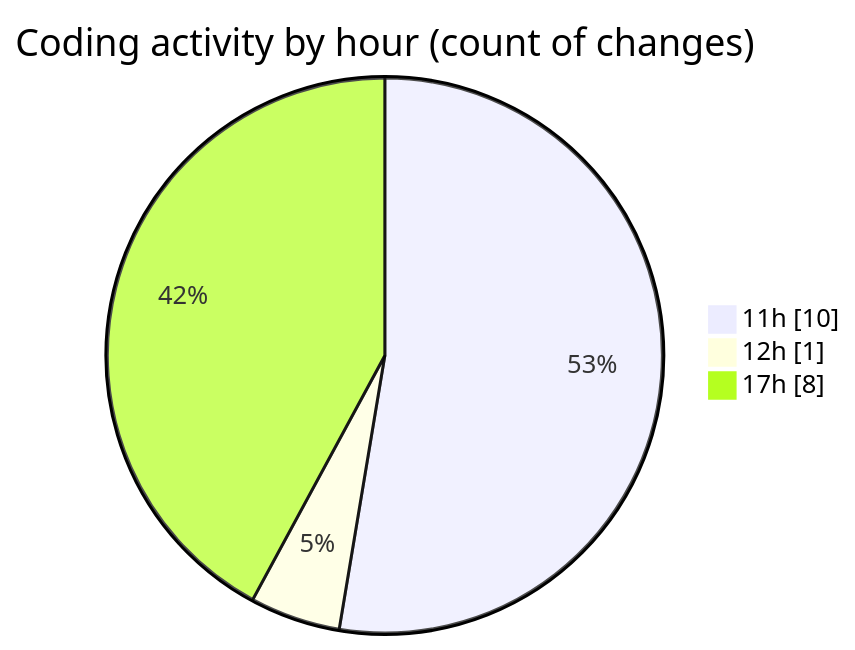
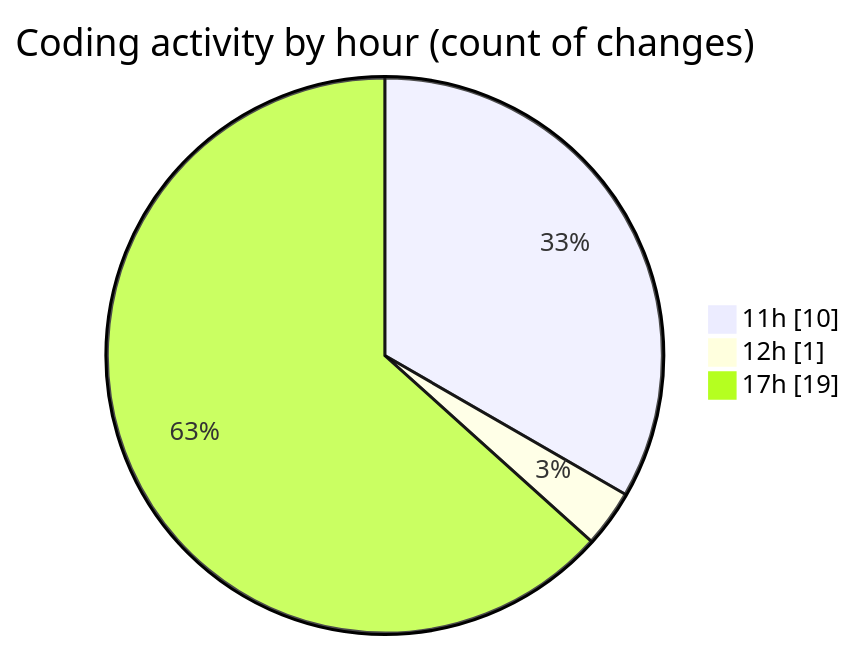
Before and after one commit to nxtqubesakshisongat/code-tracking: the second of 2 diagrams in 2025-06-19/nxtqube_webapp/README.md, drawn with Mermaid. The commit also changed other lines of this file and 1 other file, not shown here.

````diff
--- a/2025-06-19/nxtqube_webapp/README.md
+++ b/2025-06-19/nxtqube_webapp/README.md
@@ -34,7 +34,7 @@
 ```mermaid
 pie showData
 title Coding activity by hour (count of changes)
 "11h" : 10
 "12h" : 1
-"17h" : 8
+"17h" : 19
 ```
````
